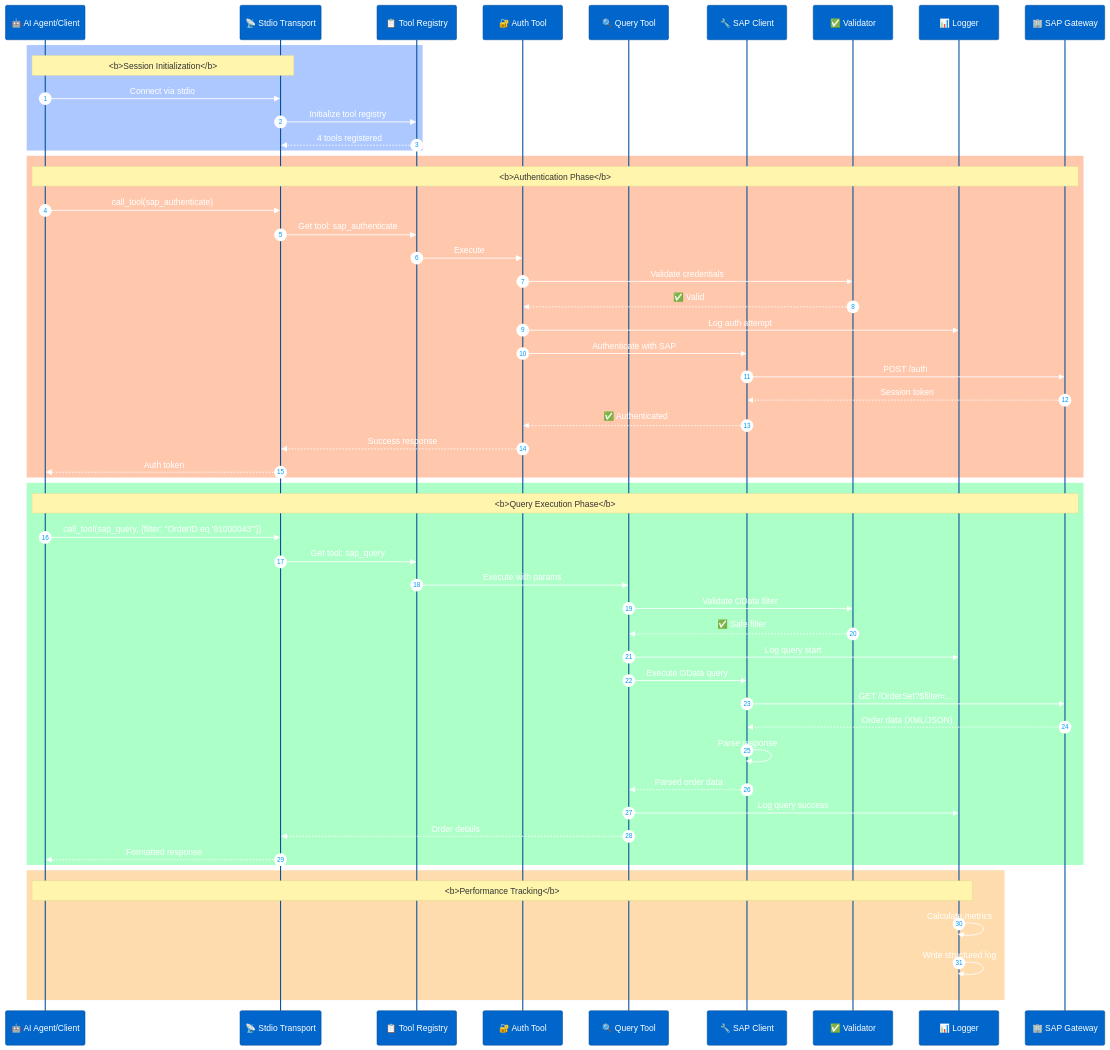
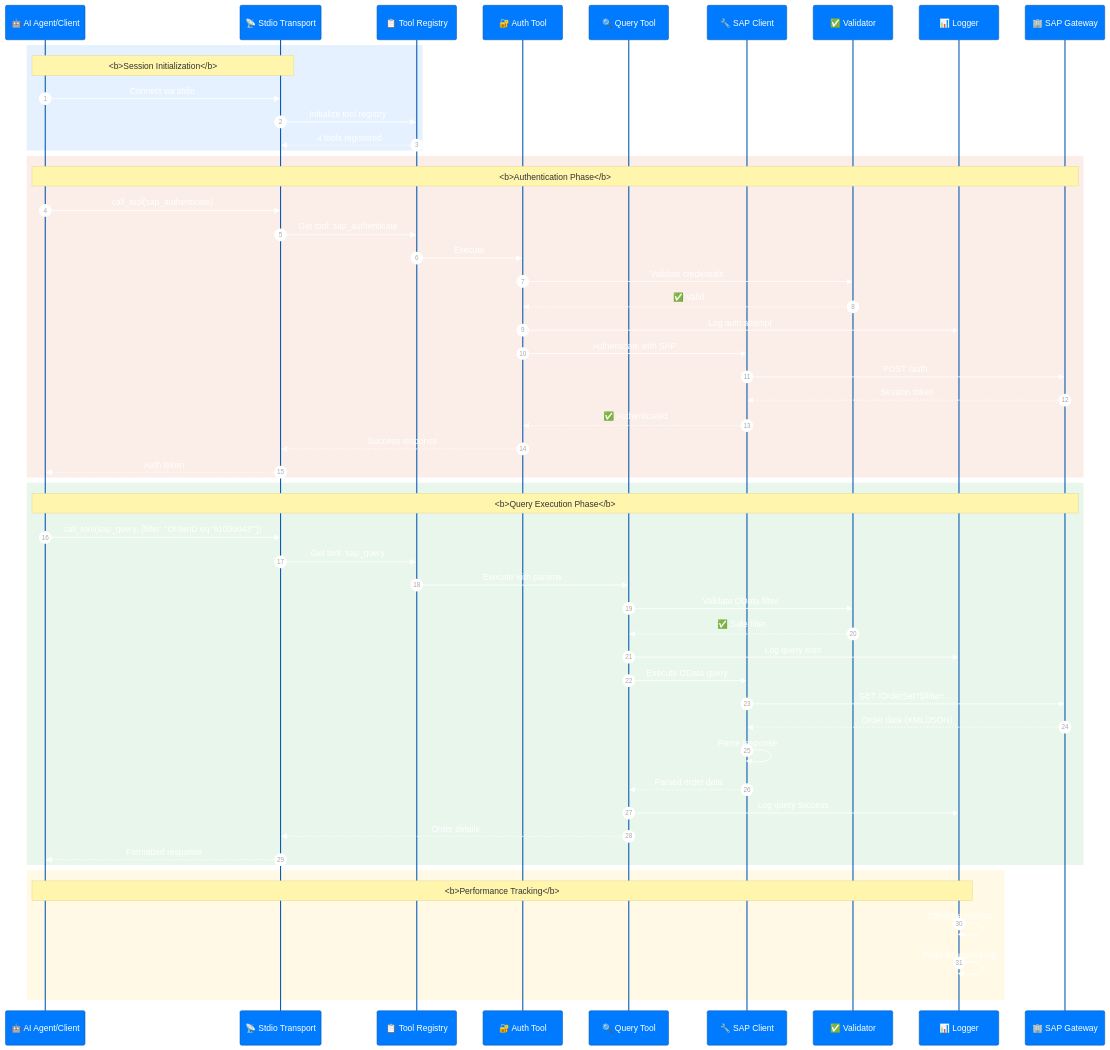
The third of 5 diagrams in README.md (midasol/sap-mcp-server), drawn with Mermaid before and after one commit. The commit also changed other lines of this file and 1 other file, not shown here.

````diff
--- a/README.md
+++ b/README.md
@@ -156,61 +156,61 @@
 ```mermaid
-%%{init: {'theme':'base', 'themeVariables': { 'primaryColor':'#0066cc','primaryTextColor':'#ffffff','primaryBorderColor':'#004d99','lineColor':'#ff6600'}}}%%
+%%{init: {'theme':'base', 'themeVariables': { 'primaryColor':'#007BFF','primaryTextColor':'#FFFFFF','primaryBorderColor':'#0056B3','lineColor':'#555555'}}}%%
 sequenceDiagram
     autonumber
     participant Client as 🤖 AI Agent/Client
     participant Transport as 📡 Stdio Transport
     participant Registry as 📋 Tool Registry
     participant AuthTool as 🔐 Auth Tool
     participant QueryTool as 🔍 Query Tool
     participant SAPClient as 🔧 SAP Client
     participant Validator as ✅ Validator
     participant Logger as 📊 Logger
     participant SAP as 🏢 SAP Gateway
 
-    rect rgb(173, 200, 255)
+    rect rgba(0, 123, 255, 0.1)
         Note over Client,Transport: <b>Session Initialization</b>
         Client->>Transport: Connect via stdio
         Transport->>Registry: Initialize tool registry
         Registry-->>Transport: 4 tools registered
     end
 
-    rect rgb(255, 200, 173)
+    rect rgba(217, 83, 25, 0.1)
         Note over Client,SAP: <b>Authentication Phase</b>
         Client->>Transport: call_tool(sap_authenticate)
         Transport->>Registry: Get tool: sap_authenticate
         Registry->>AuthTool: Execute
         AuthTool->>Validator: Validate credentials
         Validator-->>AuthTool: ✅ Valid
         AuthTool->>Logger: Log auth attempt
         AuthTool->>SAPClient: Authenticate with SAP
         SAPClient->>SAP: POST /auth
         SAP-->>SAPClient: Session token
         SAPClient-->>AuthTool: ✅ Authenticated
         AuthTool-->>Transport: Success response
         Transport-->>Client: Auth token
     end
 
-    rect rgb(173, 255, 200)
+    rect rgba(40, 167, 69, 0.1)
         Note over Client,SAP: <b>Query Execution Phase</b>
         Client->>Transport: call_tool(sap_query, {filter: "OrderID eq '91000043'"})
         Transport->>Registry: Get tool: sap_query
         Registry->>QueryTool: Execute with params
         QueryTool->>Validator: Validate OData filter
         Validator-->>QueryTool: ✅ Safe filter
         QueryTool->>Logger: Log query start
         QueryTool->>SAPClient: Execute OData query
         SAPClient->>SAP: GET /OrderSet?$filter=...
         SAP-->>SAPClient: Order data (XML/JSON)
         SAPClient->>SAPClient: Parse response
         SAPClient-->>QueryTool: Parsed order data
         QueryTool->>Logger: Log query success
         QueryTool-->>Transport: Order details
         Transport-->>Client: Formatted response
     end
 
-    rect rgb(255, 220, 173)
+    rect rgba(255, 193, 7, 0.1)
         Note over Client,Logger: <b>Performance Tracking</b>
         Logger->>Logger: Calculate metrics
         Logger->>Logger: Write structured log
     end
 ```
````
